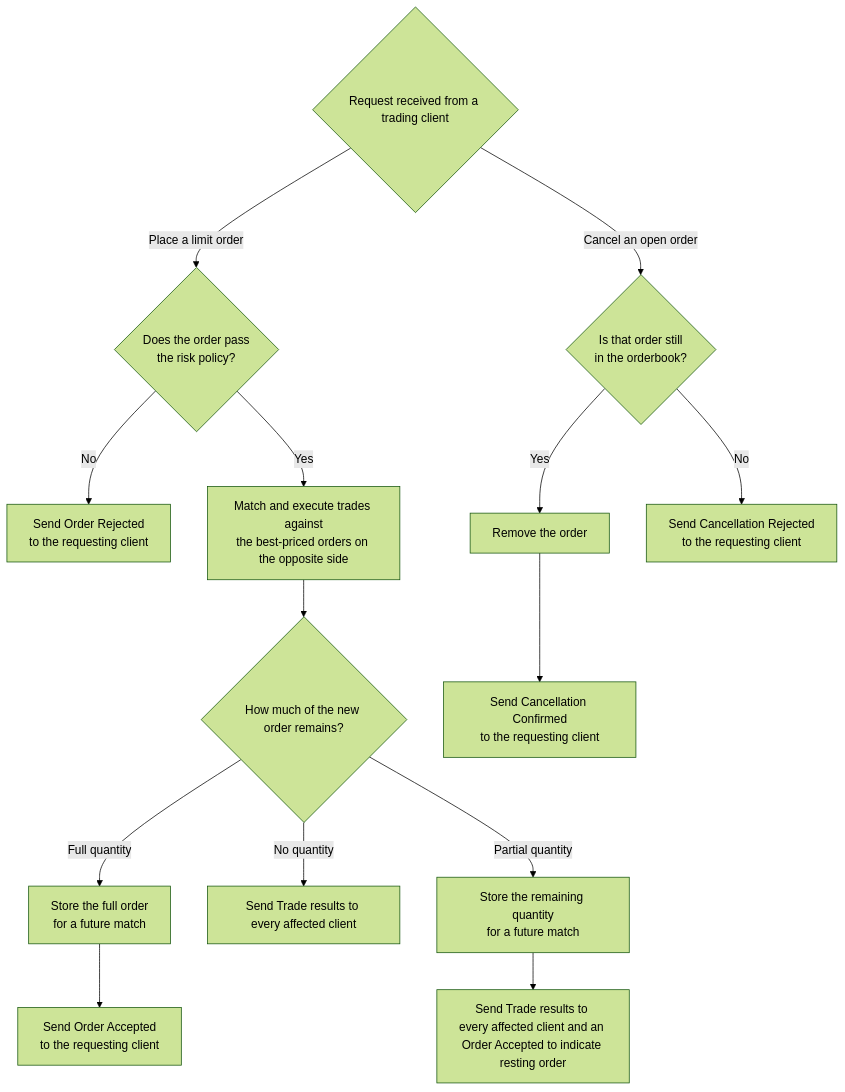
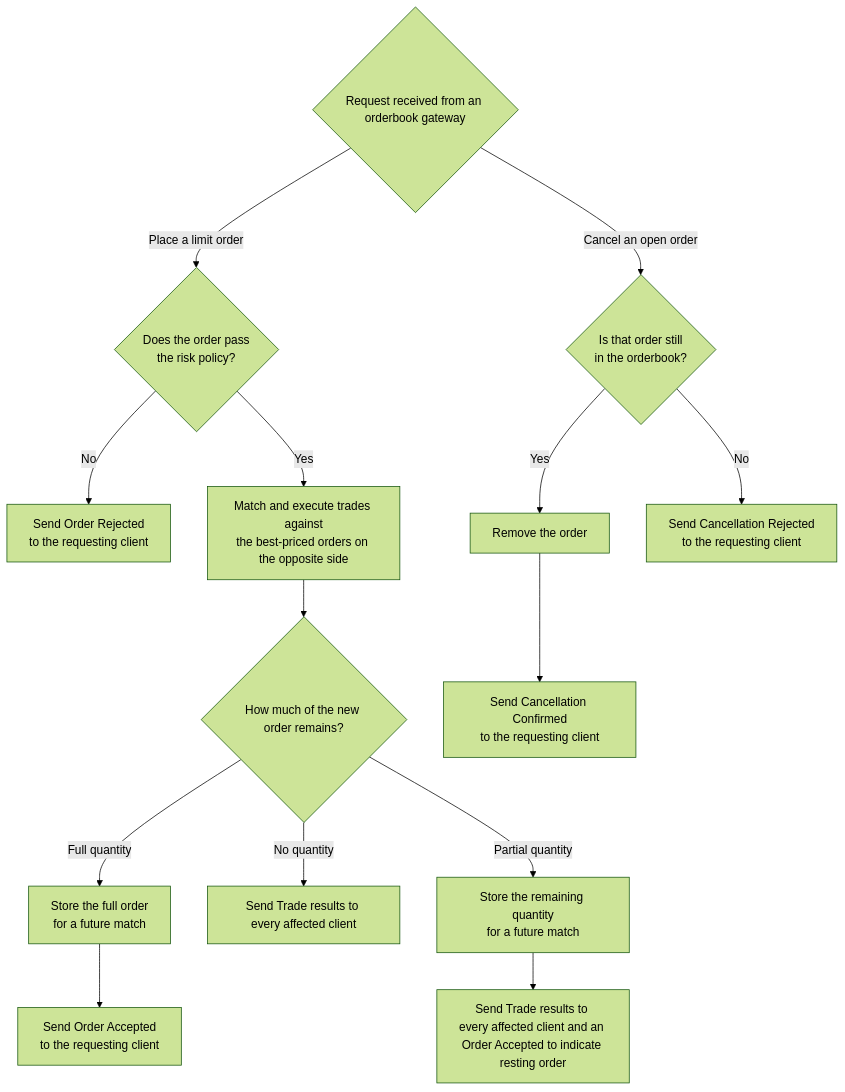
The second of 2 diagrams in docs/decision.md (Braqzen/orderbook-trading), drawn with Mermaid (forest theme) before and after one commit. The commit also changed other lines of this file and 80 other files, not shown here.

````diff
--- a/docs/decision.md
+++ b/docs/decision.md
@@ -25,21 +25,21 @@
 ```mermaid
 flowchart TD
-    Request{"Request received from a trading client"}
+    Request{"Request received from an orderbook gateway"}
 
     Request -->|"Place a limit order"| Risk{"Does the order pass<br/>the risk policy?"}
     Risk -->|"No"| Rejected["Send Order Rejected<br/>to the requesting client"]
     Risk -->|"Yes"| Trade["Match and execute trades against<br/>the best-priced orders on the opposite side"]
     Trade --> Remaining{"How much of the new order remains?"}
 
     Remaining -->|"Full quantity"| StoreFull["Store the full order<br/>for a future match"]
     StoreFull --> AcceptedFull["Send Order Accepted<br/>to the requesting client"]
 
     Remaining -->|"No quantity"| Complete["Send Trade results to every affected client"]
     Remaining -->|"Partial quantity"| StoreRest["Store the remaining quantity<br/>for a future match"]
     StoreRest --> PartialResponses["Send Trade results to every affected client and an Order Accepted to indicate resting order"]
 
     Request -->|"Cancel an open order"| Found{"Is that order still<br/>in the orderbook?"}
     Found -->|"Yes"| Remove["Remove the order"]
     Remove --> Cancelled["Send Cancellation Confirmed<br/>to the requesting client"]
     Found -->|"No"| CancelRejected["Send Cancellation Rejected<br/>to the requesting client"]
 ```
````
